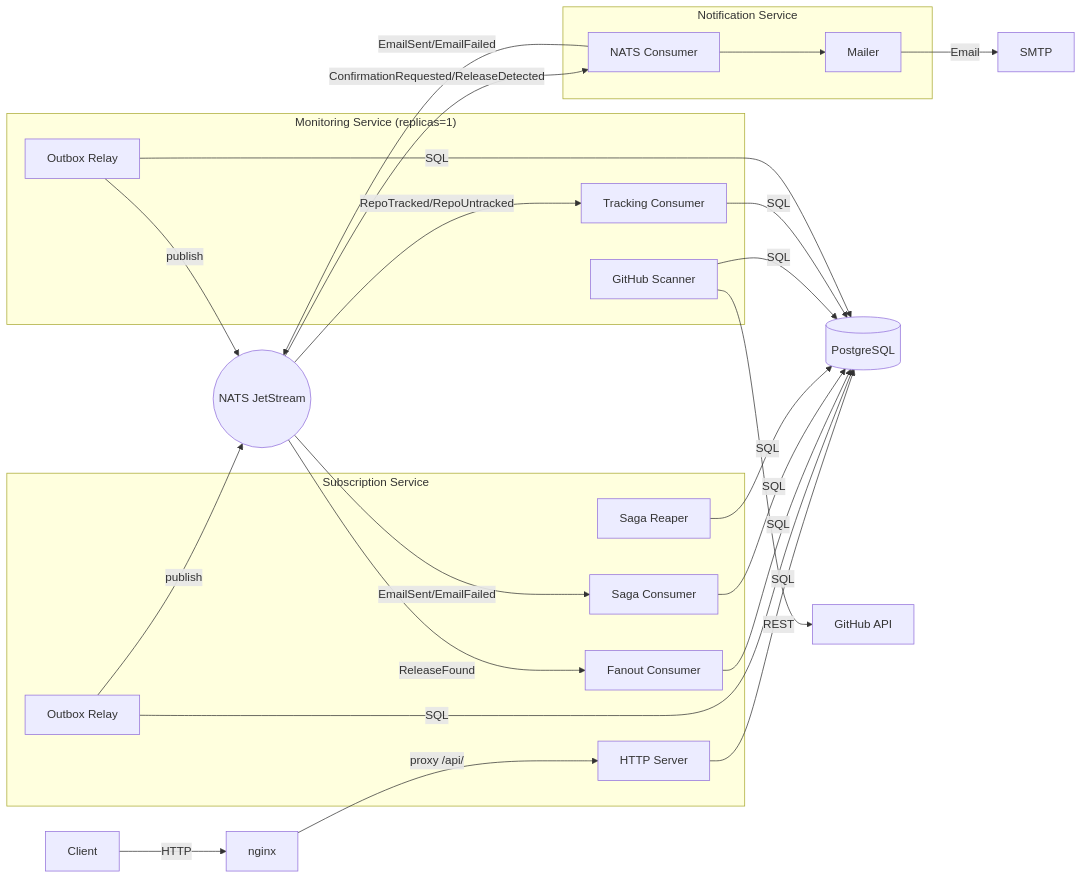
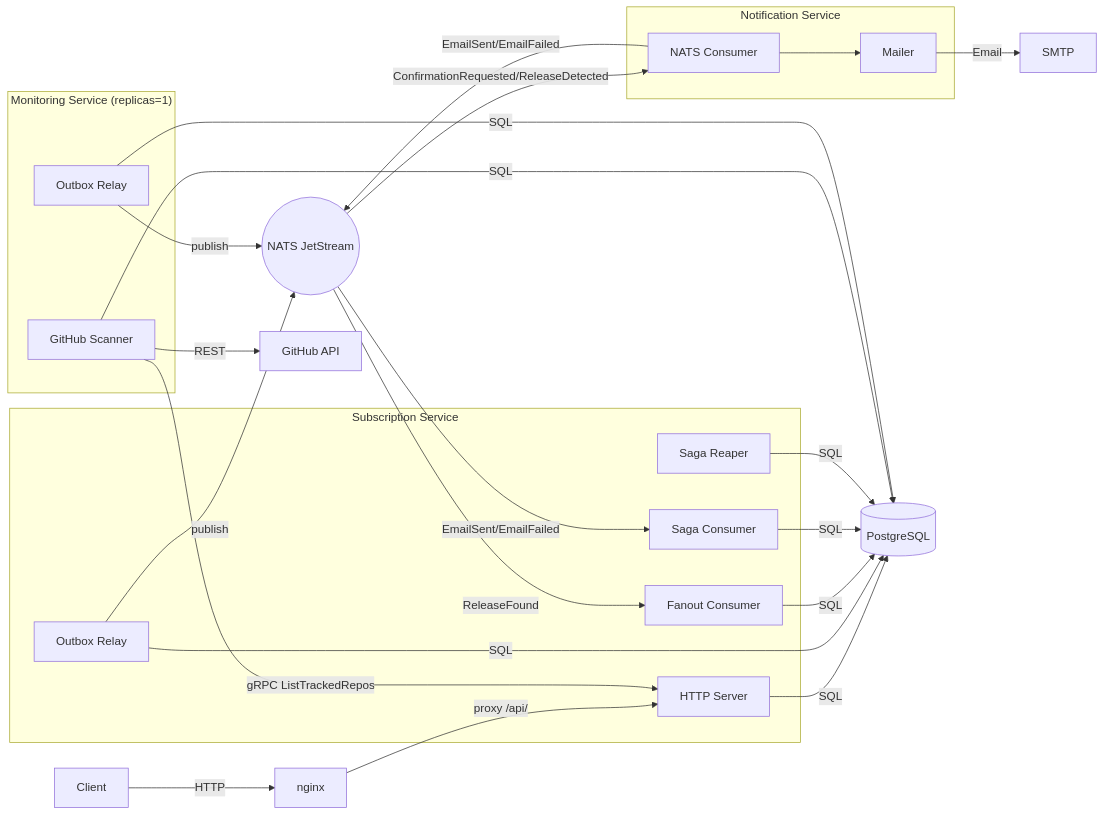
Before and after one commit to GenesisEducationKyiv/software-engineering-school-6-0-RodionShapoval5758: the first of 7 diagrams in docs/SDD.md, drawn with Mermaid. The commit also changed other lines of this file and 8 other files, not shown here.

Commit message:
refactor: remove NATS tracking events, update SDD to reflect gRPC catalog

````diff
--- a/docs/SDD.md
+++ b/docs/SDD.md
@@ -45,54 +46,52 @@
 ```mermaid
 flowchart LR
     Client[Client]
     nginx[nginx]
 
     subgraph subscription["Subscription Service"]
         HTTP[HTTP Server]
         FW[Fanout Consumer]
         Relay1[Outbox Relay]
         SagaCons[Saga Consumer]
         SagaReaper[Saga Reaper]
     end
 
     subgraph monitoring["Monitoring Service (replicas=1)"]
         Scanner[GitHub Scanner]
-        TrackingConsumer[Tracking Consumer]
         Relay2[Outbox Relay]
     end
 
     subgraph notification["Notification Service"]
         NotifConsumer[NATS Consumer]
         Mailer[Mailer]
     end
 
     DB[(PostgreSQL)]
     NATS((NATS JetStream))
     GitHub[GitHub API]
     SMTP[SMTP]
 
     Client -->|HTTP| nginx
     nginx -->|proxy /api/| HTTP
 
     HTTP -->|SQL| DB
     Relay1 -->|SQL| DB
     FW -->|SQL| DB
     SagaCons -->|SQL| DB
     SagaReaper -->|SQL| DB
 
     Scanner -->|SQL| DB
-    TrackingConsumer -->|SQL| DB
     Relay2 -->|SQL| DB
     Scanner -->|REST| GitHub
+    Scanner -->|gRPC ListTrackedRepos| HTTP
 
     Relay1 -->|publish| NATS
     Relay2 -->|publish| NATS
     NATS -->|ReleaseFound| FW
-    NATS -->|RepoTracked/RepoUntracked| TrackingConsumer
     NATS -->|ConfirmationRequested/ReleaseDetected| NotifConsumer
     NATS -->|EmailSent/EmailFailed| SagaCons
 
     NotifConsumer --> Mailer
     Mailer -->|Email| SMTP
     NotifConsumer -->|EmailSent/EmailFailed| NATS
 ```
````
